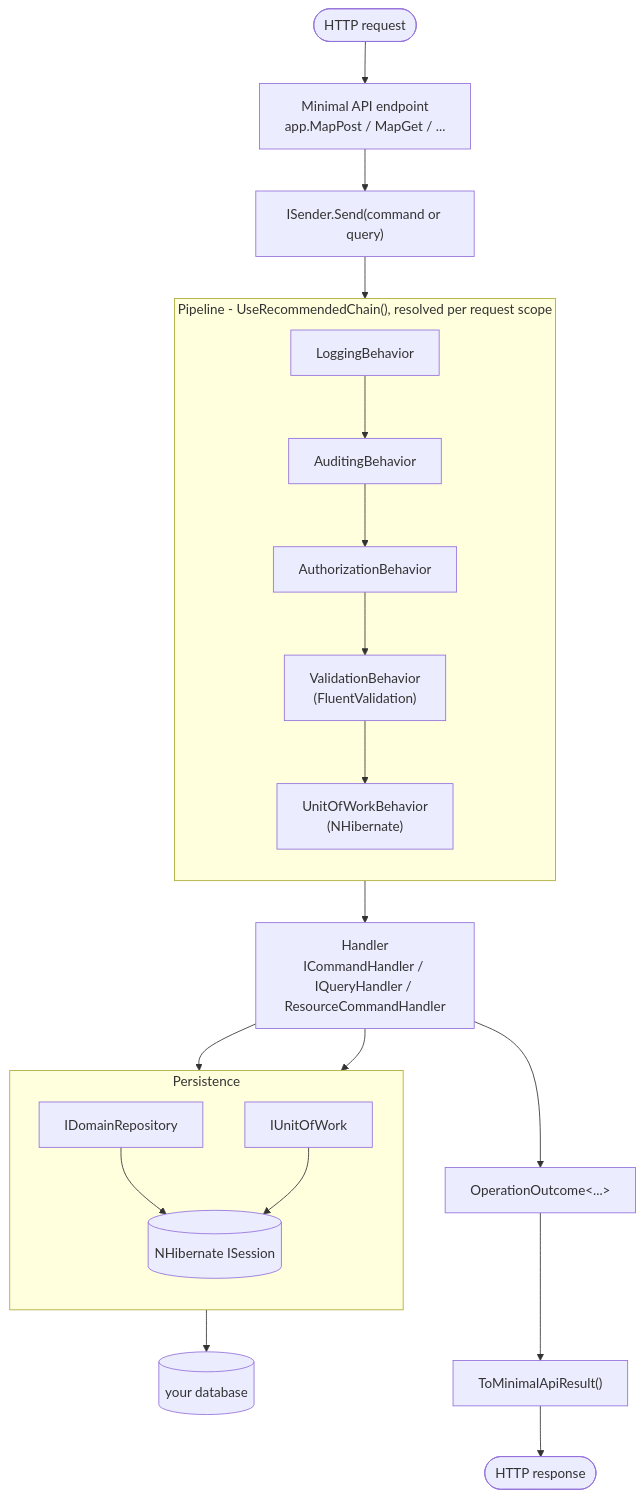
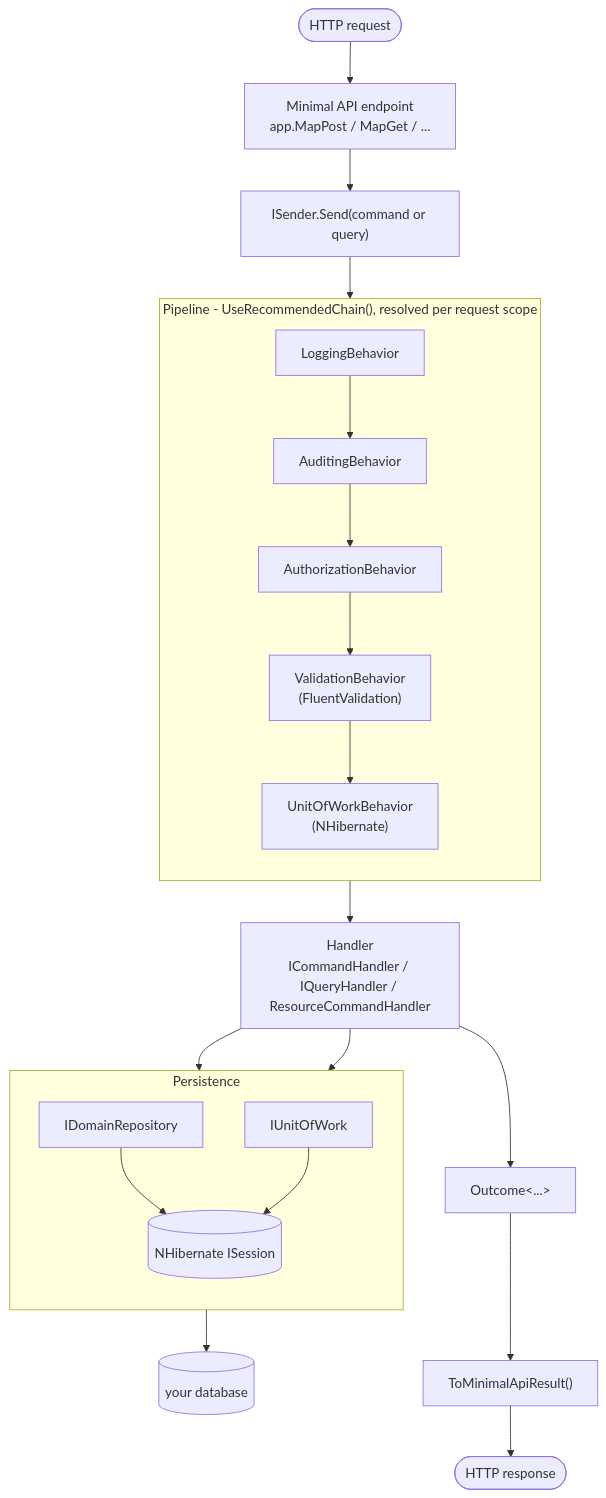
One commit to rheone/interlocutor changed the first of 3 diagrams in documentation/beginners-guide-todo-api.md. Above: the diagram before and after it, drawn with Mermaid. The commit also changed other lines of this file and 214 other files, not shown here.

First line of the commit message:
refactor: rename IOperationOutcome/OperationOutcome to IOutcome/Outcome

````diff
--- a/documentation/beginners-guide-todo-api.md
+++ b/documentation/beginners-guide-todo-api.md
@@ -35,30 +35,30 @@
 ```mermaid
 flowchart TD
     Client(["HTTP request"]) --> Endpoint["Minimal API endpoint<br/>app.MapPost / MapGet / ..."]
     Endpoint --> Sender["ISender.Send(command or query)"]
     Sender --> Logging
 
     subgraph Pipeline ["Pipeline - UseRecommendedChain(), resolved per request scope"]
         direction TB
         Logging["LoggingBehavior"] --> Auditing["AuditingBehavior"]
         Auditing --> Authorization["AuthorizationBehavior"]
         Authorization --> Validation["ValidationBehavior<br/>(FluentValidation)"]
         Validation --> UnitOfWork["UnitOfWorkBehavior<br/>(NHibernate)"]
     end
 
     UnitOfWork --> Handler["Handler<br/>ICommandHandler / IQueryHandler / ResourceCommandHandler"]
 
     subgraph Persistence ["Persistence"]
         direction TB
         Repository["IDomainRepository"] --> Session[("NHibernate ISession")]
         UoW["IUnitOfWork"] --> Session
     end
 
     Handler --> Repository
     Handler --> UoW
     Session --> Database[("your database")]
 
-    Handler --> Outcome["OperationOutcome&lt;...&gt;"]
+    Handler --> Outcome["Outcome&lt;...&gt;"]
     Outcome --> Result["ToMinimalApiResult()"]
     Result --> Response(["HTTP response"])
 ```
````
